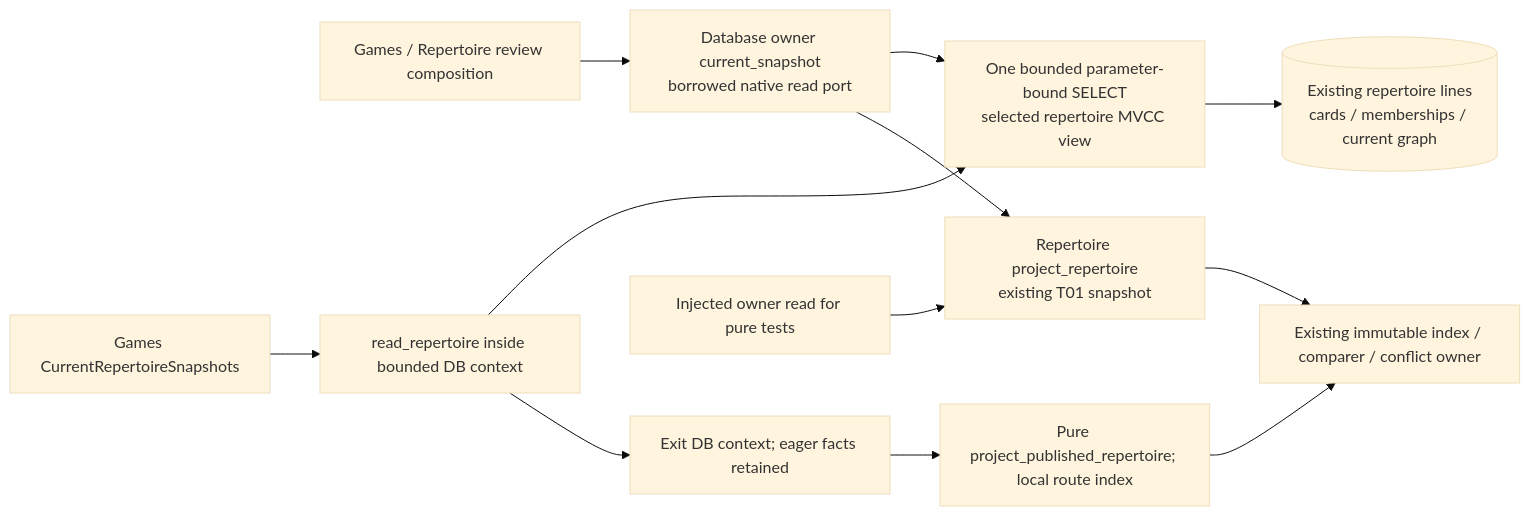
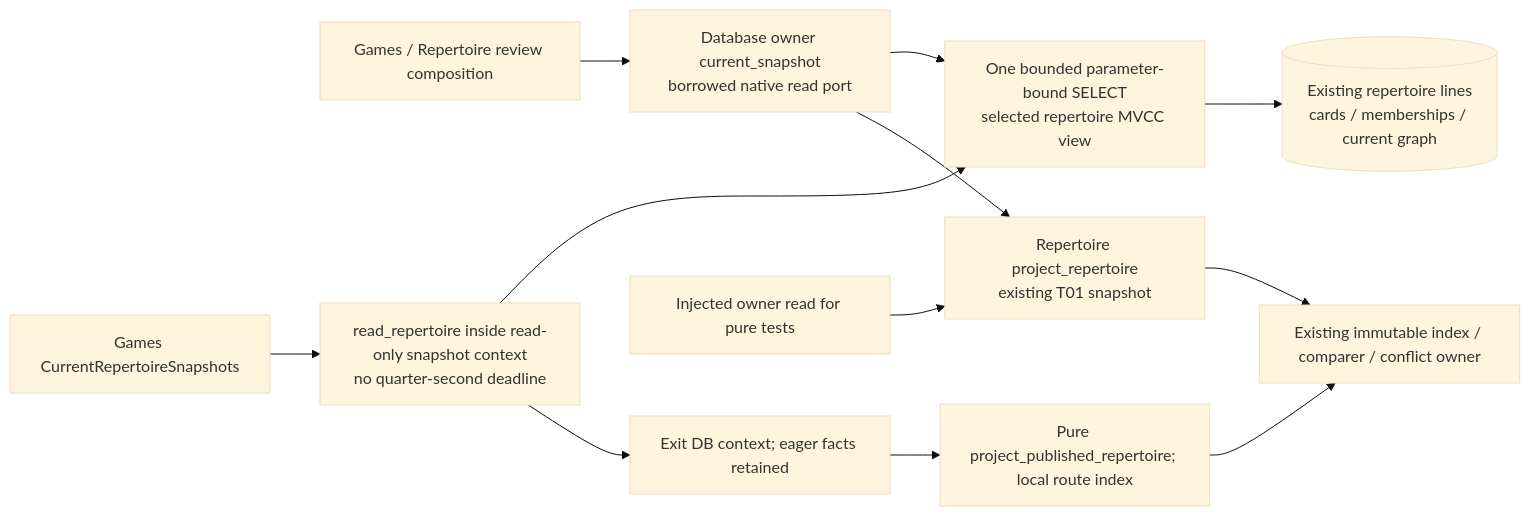
The second of 2 diagrams in backend/app/repertoire/README.md (aaweaver-actuary/tempo), drawn with Mermaid (base theme) before and after one commit. The commit also changed other lines of this file and 16 other files, not shown here.

Commit message:
fix(games): let repertoire snapshot reads complete

````diff
--- a/backend/app/repertoire/README.md
+++ b/backend/app/repertoire/README.md
@@ -215,14 +217,14 @@
 ```mermaid
 flowchart LR
   Composition["Games / Repertoire review composition"] --> Reader["Database owner current_snapshot\nborrowed native read port"]
   Reader --> Select["One bounded parameter-bound SELECT\nselected repertoire MVCC view"]
   Select --> Existing[("Existing repertoire lines\ncards / memberships / current graph")]
   Reader --> Project["Repertoire project_repertoire\nexisting T01 snapshot"]
-  Games["Games CurrentRepertoireSnapshots"] --> ReadFacts["read_repertoire inside bounded DB context"]
+  Games["Games CurrentRepertoireSnapshots"] --> ReadFacts["read_repertoire inside read-only snapshot context\nno quarter-second deadline"]
   ReadFacts --> Select
   ReadFacts --> Closed["Exit DB context; eager facts retained"]
   Closed --> Published["Pure project_published_repertoire; local route index"]
   Published --> Consumers
   Injected["Injected owner read for pure tests"] --> Project
   Project --> Consumers["Existing immutable index / comparer / conflict owner"]
 ```
````
